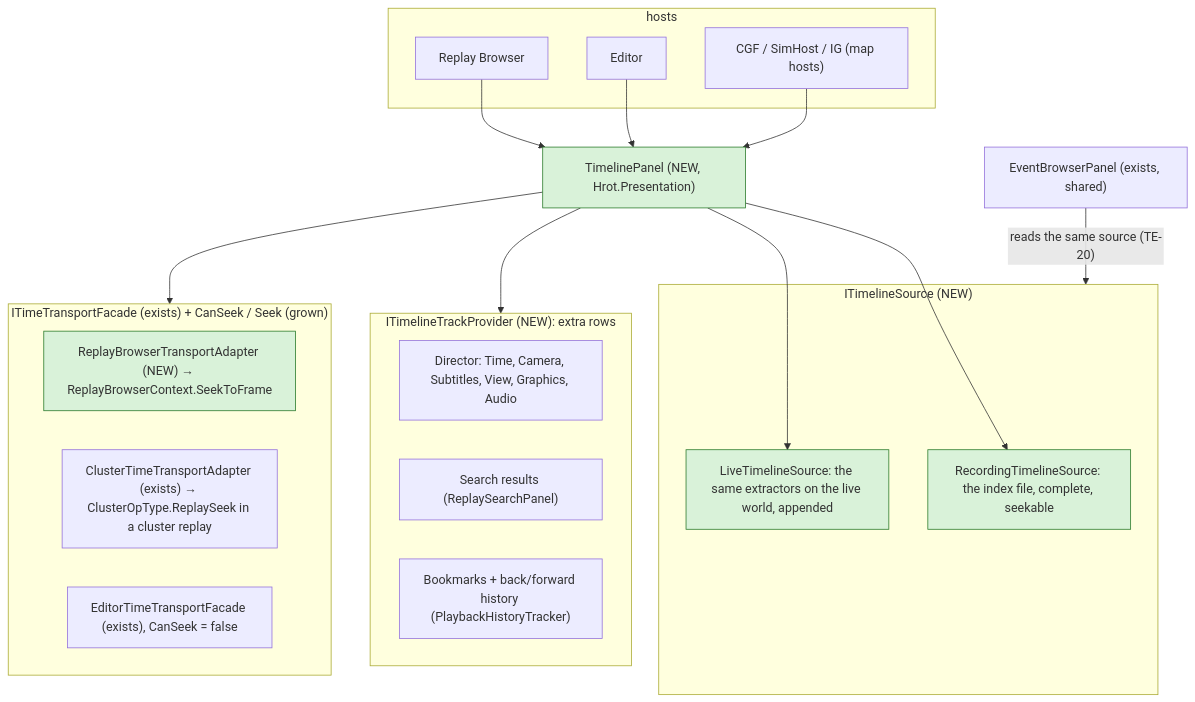
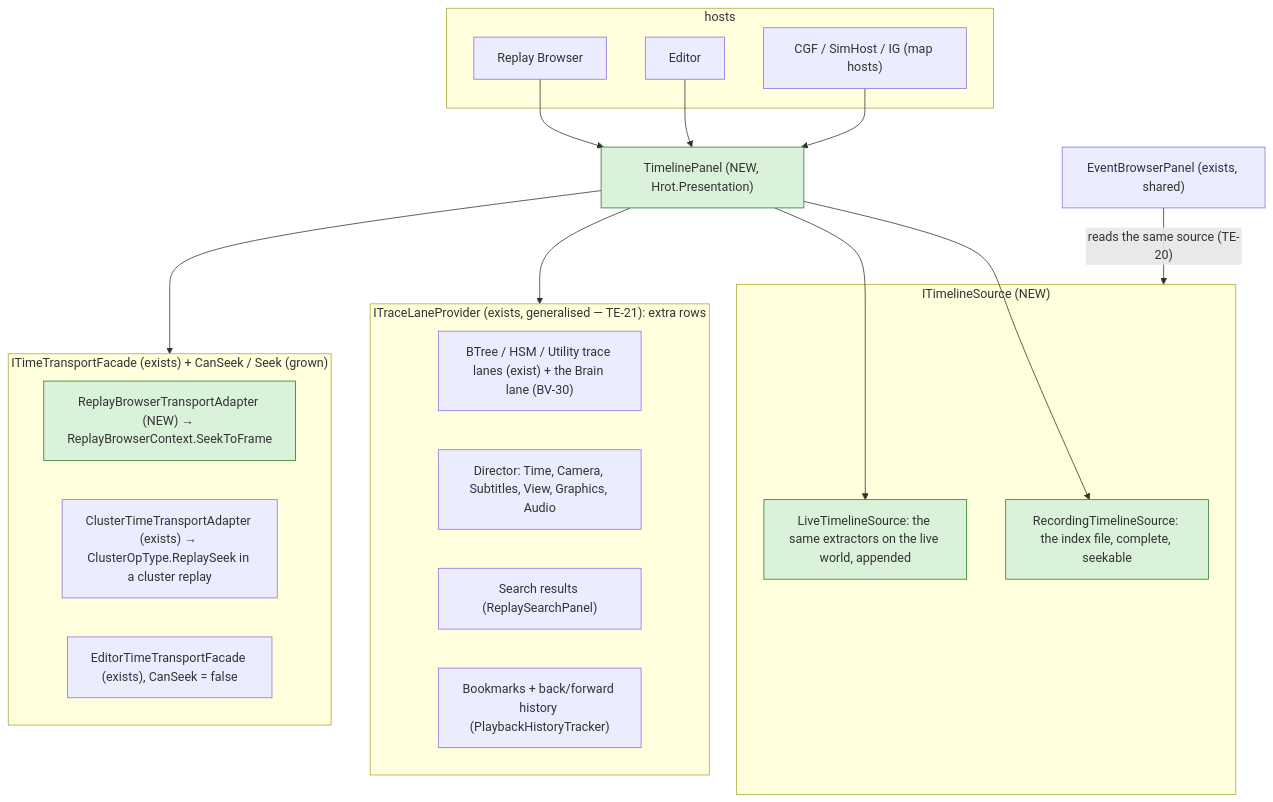
One commit to pjanec/HROT changed the second of 8 diagrams in docs/DESIGN_Director_Timeline_Editor.md. Above: the diagram before and after it, drawn with Mermaid. The commit also changed other lines of this file and 5 other files, not shown here.

````diff
--- a/docs/DESIGN_Director_Timeline_Editor.md
+++ b/docs/DESIGN_Director_Timeline_Editor.md
@@ -151,32 +157,33 @@
 ```mermaid
 graph TD
   subgraph HOSTS["hosts"]
     RBH["Replay Browser"]
     EDH2["Editor"]
     CLH["CGF / SimHost / IG (map hosts)"]
   end
   TLP2["TimelinePanel (NEW, Hrot.Presentation)"]:::new
   subgraph SRC["ITimelineSource (NEW)"]
     RSRC["RecordingTimelineSource: the index file, complete, seekable"]:::new
     LSRC["LiveTimelineSource: the same extractors on the live world, appended"]:::new
   end
-  subgraph TRK["ITimelineTrackProvider (NEW): extra rows"]
+  subgraph TRK["ITraceLaneProvider (exists, generalised — TE-21): extra rows"]
+    TRC["BTree / HSM / Utility trace lanes (exist) + the Brain lane (BV-30)"]
     DIR["Director: Time, Camera, Subtitles, View, Graphics, Audio"]
     SRCH["Search results (ReplaySearchPanel)"]
     BKM["Bookmarks + back/forward history (PlaybackHistoryTracker)"]
   end
   subgraph TR["ITimeTransportFacade (exists) + CanSeek / Seek (grown)"]
     RBA["ReplayBrowserTransportAdapter (NEW) → ReplayBrowserContext.SeekToFrame"]:::new
     CTA["ClusterTimeTransportAdapter (exists) → ClusterOpType.ReplaySeek in a cluster replay"]
     ETF["EditorTimeTransportFacade (exists), CanSeek = false"]
   end
   RBH --> TLP2
   EDH2 --> TLP2
   CLH --> TLP2
   TLP2 --> RSRC
   TLP2 --> LSRC
   TLP2 --> TRK
   TLP2 --> TR
   EVB["EventBrowserPanel (exists, shared)"] -->|"reads the same source (TE-20)"| SRC
   classDef new fill:#d9f2d9,stroke:#2a7a2a
 ```
````
